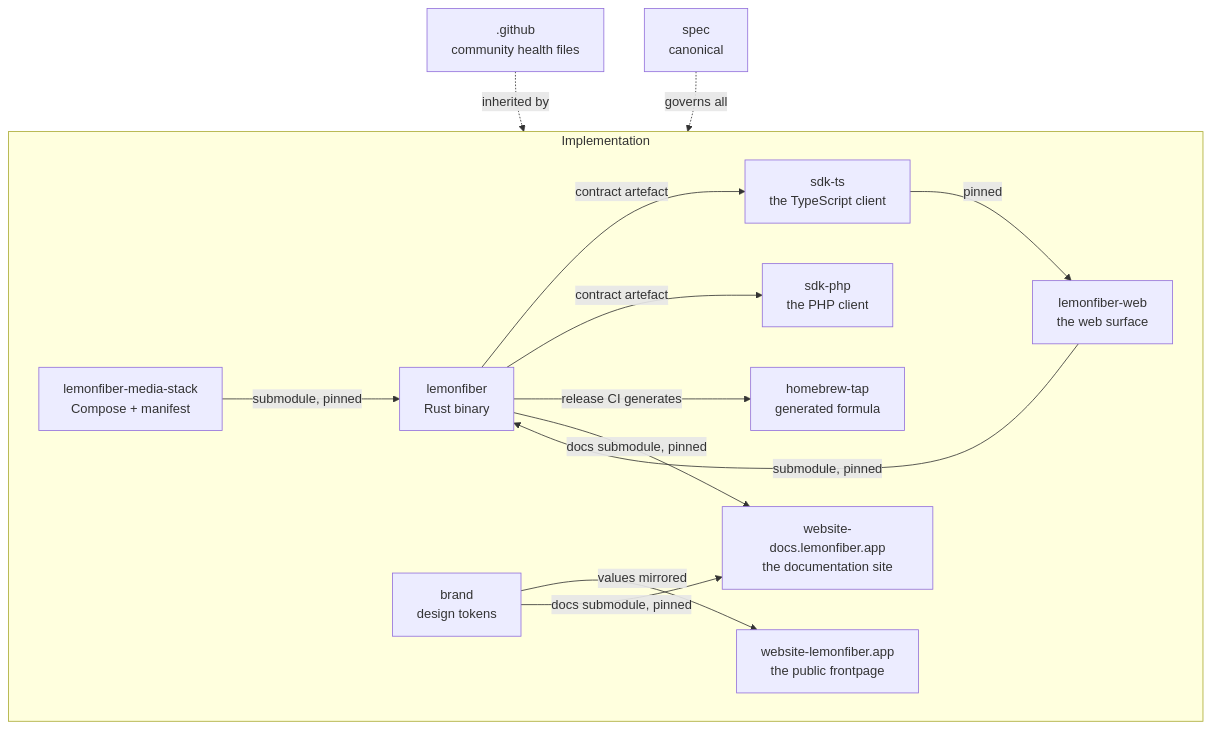
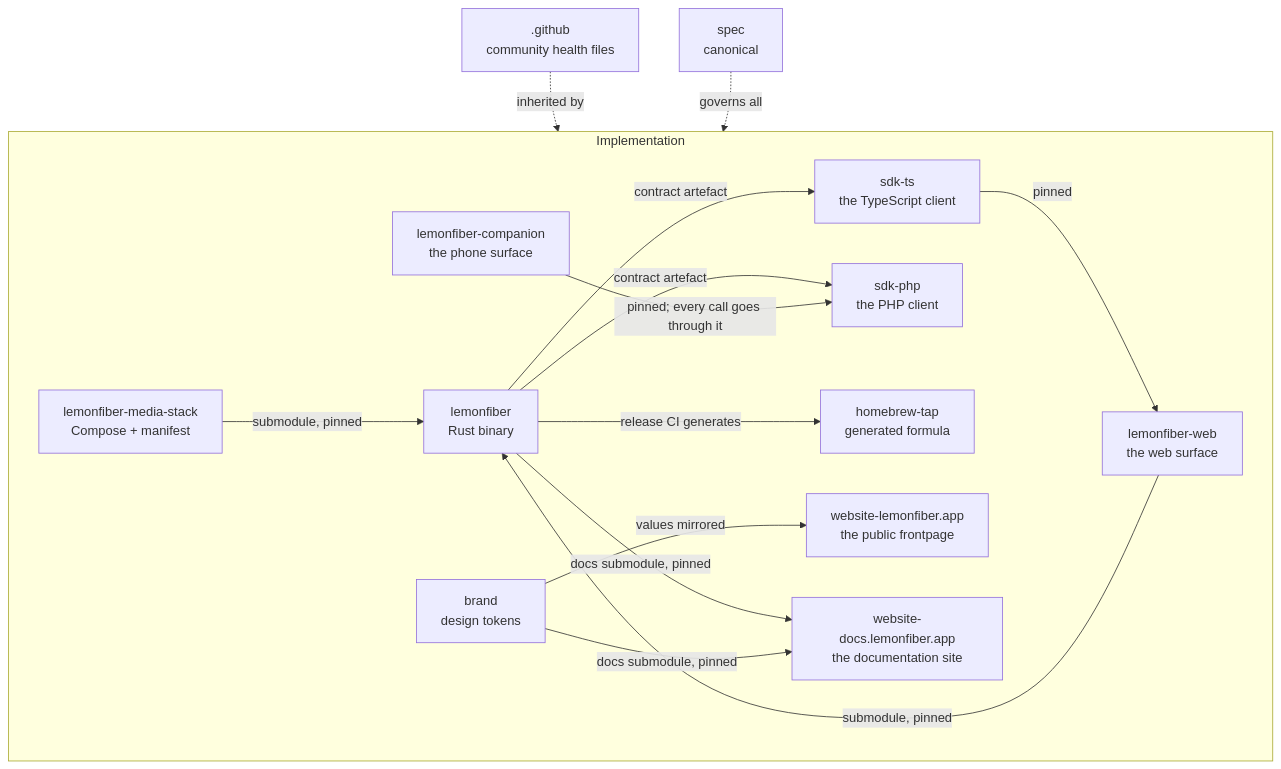
The diagram in 30-repos/README.md (lemonfiber/spec), drawn with Mermaid before and after one commit. The commit also changed other lines of this file and 7 other files, not shown here.

````diff
--- a/30-repos/README.md
+++ b/30-repos/README.md
@@ -13,29 +13,31 @@
 ```mermaid
 flowchart TD
-    spec[spec<br/>canonical]
+    spec["spec<br/>canonical"]
     gh[".github<br/>community health files"]
 
     subgraph impl[Implementation]
-        lemonfiber[lemonfiber<br/>Rust binary]
-        stack[lemonfiber-media-stack<br/>Compose + manifest]
-        web[lemonfiber-web<br/>the web surface]
-        sdk[sdk-ts<br/>the TypeScript client]
-        sdkphp[sdk-php<br/>the PHP client]
-        tap[homebrew-tap<br/>generated formula]
-        brand[brand<br/>design tokens]
+        lemonfiber["lemonfiber<br/>Rust binary"]
+        web["lemonfiber-web<br/>the web surface"]
+        companion["lemonfiber-companion<br/>the phone surface"]
+        sdk["sdk-ts<br/>the TypeScript client"]
+        sdkphp["sdk-php<br/>the PHP client"]
+        stack["lemonfiber-media-stack<br/>Compose + manifest"]
+        tap["homebrew-tap<br/>generated formula"]
         site["website-lemonfiber.app<br/>the public frontpage"]
         docs["website-docs.lemonfiber.app<br/>the documentation site"]
+        brand["brand<br/>design tokens"]
     end
 
     stack -->|submodule, pinned| lemonfiber
     web -->|submodule, pinned| lemonfiber
     sdk -->|pinned| web
     lemonfiber -->|contract artefact| sdk
     lemonfiber -->|contract artefact| sdkphp
+    companion -->|pinned; every call goes through it| sdkphp
     lemonfiber -->|release CI generates| tap
     brand -->|values mirrored| site
     lemonfiber -->|docs submodule, pinned| docs
     brand -->|docs submodule, pinned| docs
     gh -.->|inherited by| impl
     spec -.->|governs all| impl
 ```
````
